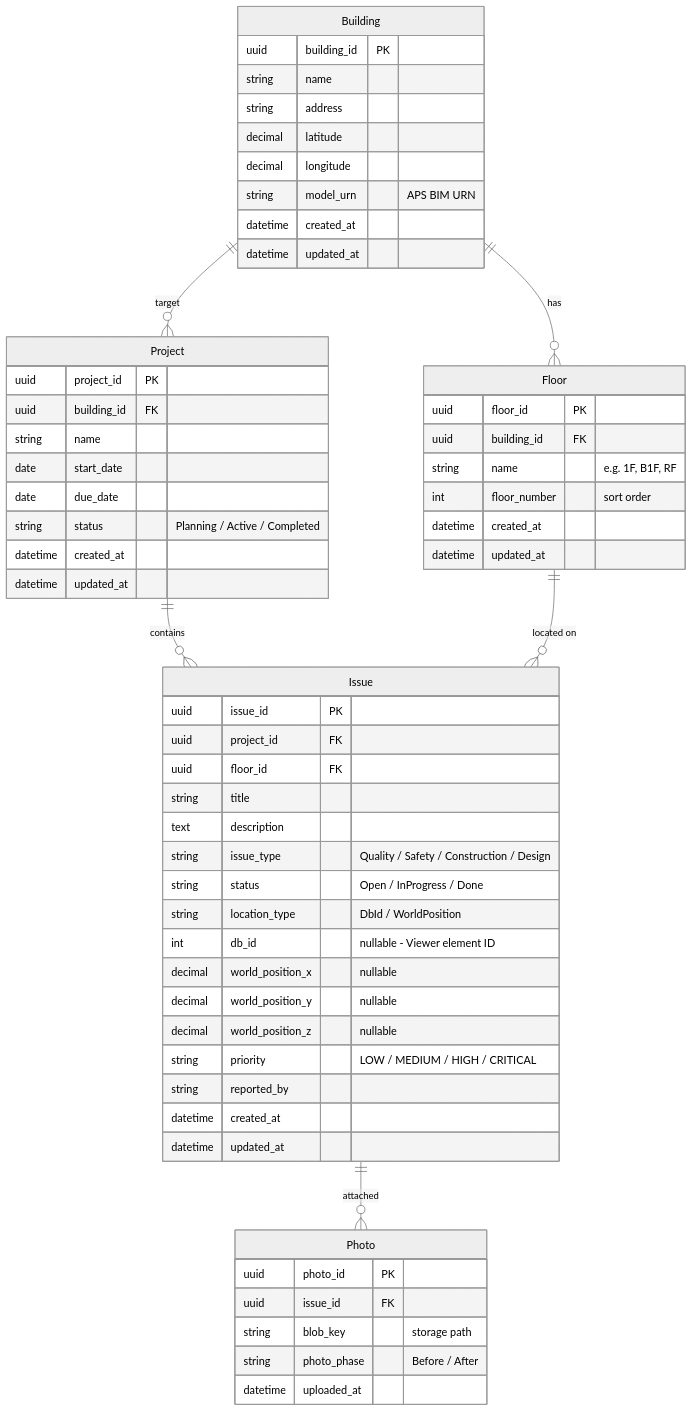
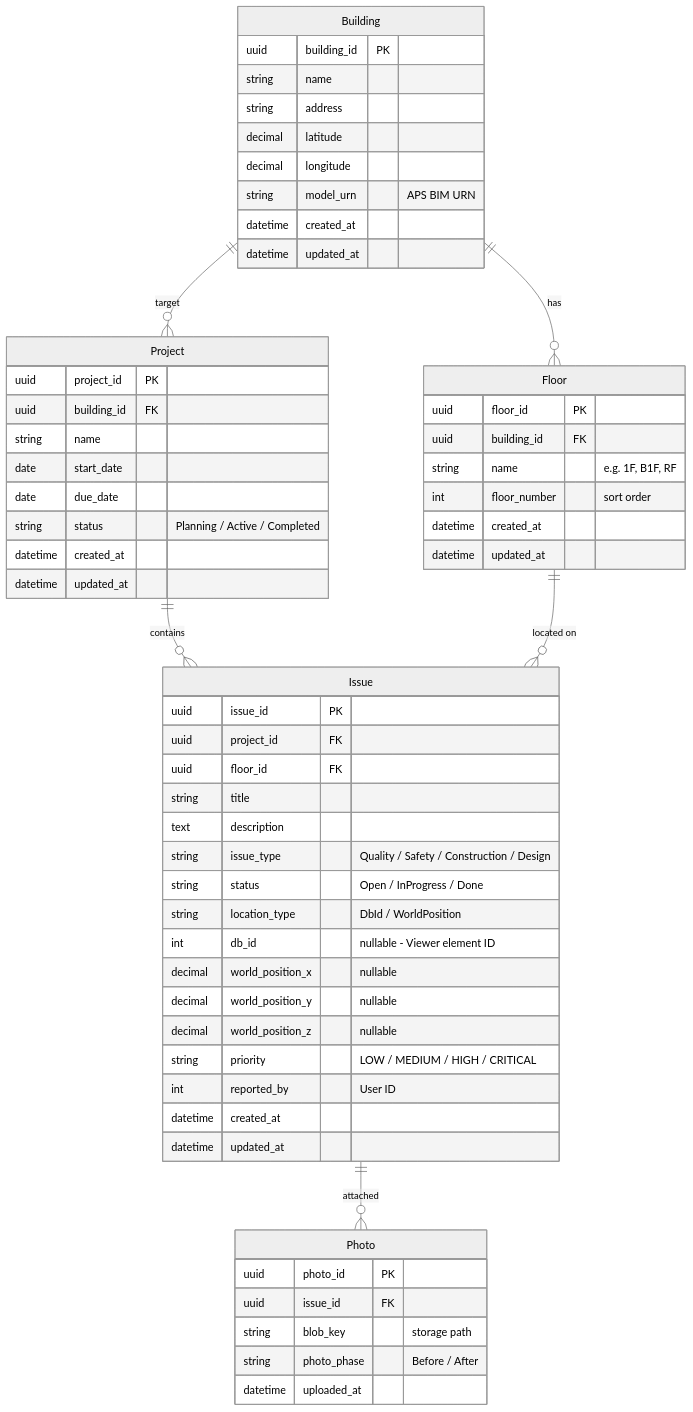
One commit to Hiroshi-Kazui/Arent_Assingment changed the diagram in doc/er-diagram.mmd. Above: the diagram before and after it, drawn with Mermaid (neutral theme). The commit also changed 25 other files, not shown here.

```diff
--- a/doc/er-diagram.mmd
+++ b/doc/er-diagram.mmd
@@ -1,64 +1,64 @@
 erDiagram
     Building ||--o{ Floor : "has"
     Building ||--o{ Project : "target"
     Project ||--o{ Issue : "contains"
     Floor ||--o{ Issue : "located on"
     Issue ||--o{ Photo : "attached"
 
     Building {
         uuid building_id PK
         string name
         string address
         decimal latitude
         decimal longitude
         string model_urn "APS BIM URN"
         datetime created_at
         datetime updated_at
     }
 
     Floor {
         uuid floor_id PK
         uuid building_id FK
         string name "e.g. 1F, B1F, RF"
         int floor_number "sort order"
         datetime created_at
         datetime updated_at
     }
 
     Project {
         uuid project_id PK
         uuid building_id FK
         string name
         date start_date
         date due_date
         string status "Planning / Active / Completed"
         datetime created_at
         datetime updated_at
     }
 
     Issue {
         uuid issue_id PK
         uuid project_id FK
         uuid floor_id FK
         string title
         text description
         string issue_type "Quality / Safety / Construction / Design"
         string status "Open / InProgress / Done"
         string location_type "DbId / WorldPosition"
         int db_id "nullable - Viewer element ID"
         decimal world_position_x "nullable"
         decimal world_position_y "nullable"
         decimal world_position_z "nullable"
         string priority "LOW / MEDIUM / HIGH / CRITICAL"
-        string reported_by
+        int reported_by "User ID"
         datetime created_at
         datetime updated_at
     }
 
     Photo {
         uuid photo_id PK
         uuid issue_id FK
         string blob_key "storage path"
         string photo_phase "Before / After"
         datetime uploaded_at
     }
```
